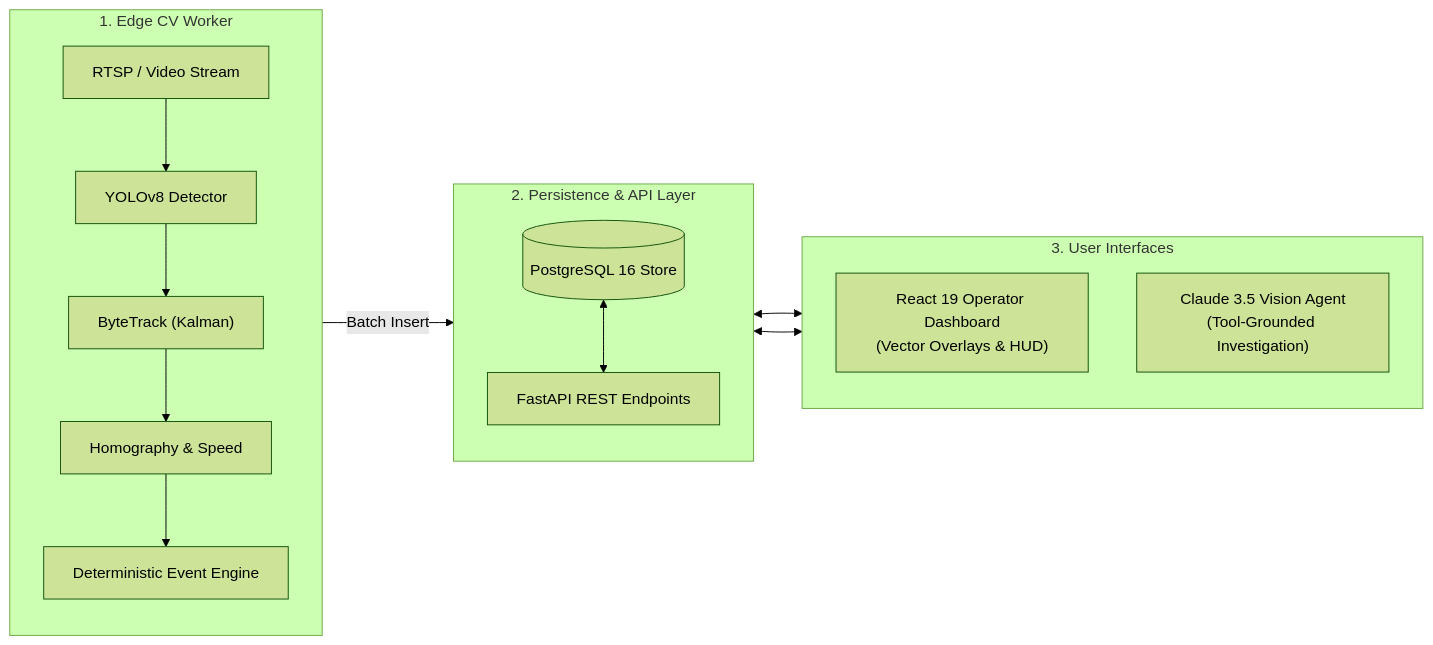
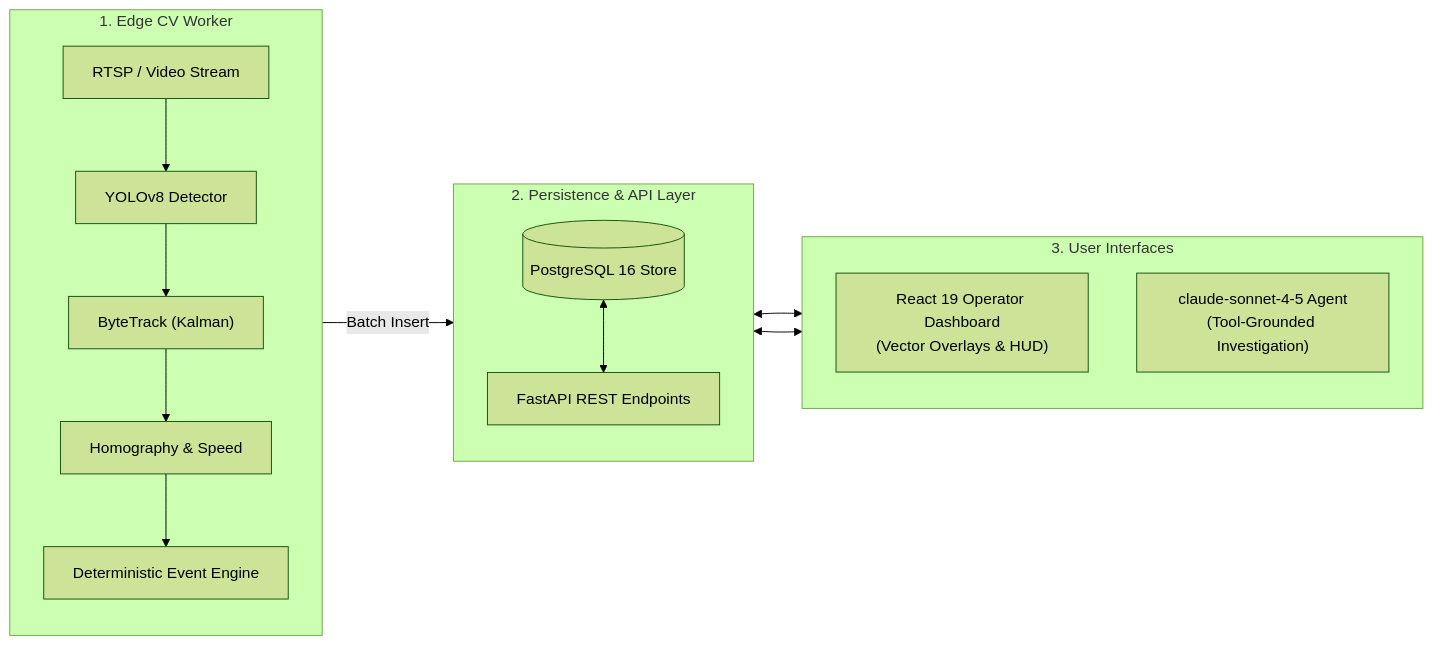
The first of 2 diagrams in README.md (mariiammaysara/Trace), drawn with Mermaid (forest theme) before and after one commit. The commit also changed other lines of this file and 2 other files, not shown here.

Commit message:
docs: restore transparent evaluation caveats, clarify scenario name, and match actual Claude model identifier

````diff
--- a/README.md
+++ b/README.md
@@ -73,22 +73,22 @@
 ```mermaid
 flowchart LR
     subgraph INGEST["1. Edge CV Worker"]
         direction TB
         CAM["RTSP / Video Stream"] --> YOLO["YOLOv8 Detector"]
         YOLO --> BYTE["ByteTrack (Kalman)"]
         BYTE --> HOM["Homography & Speed"]
         HOM --> EVT["Deterministic Event Engine"]
     end
 
     subgraph BACKEND["2. Persistence & API Layer"]
         direction TB
         EVT -->|Batch Insert| DB[("PostgreSQL 16 Store")]
         DB <--> API["FastAPI REST Endpoints"]
     end
 
     subgraph CLIENT["3. User Interfaces"]
         direction TB
         API <--> DASH["React 19 Operator Dashboard<br/>(Vector Overlays & HUD)"]
-        API <--> AGENT["Claude 3.5 Vision Agent<br/>(Tool-Grounded Investigation)"]
+        API <--> AGENT["claude-sonnet-4-5 Agent<br/>(Tool-Grounded Investigation)"]
     end
 ```
````
